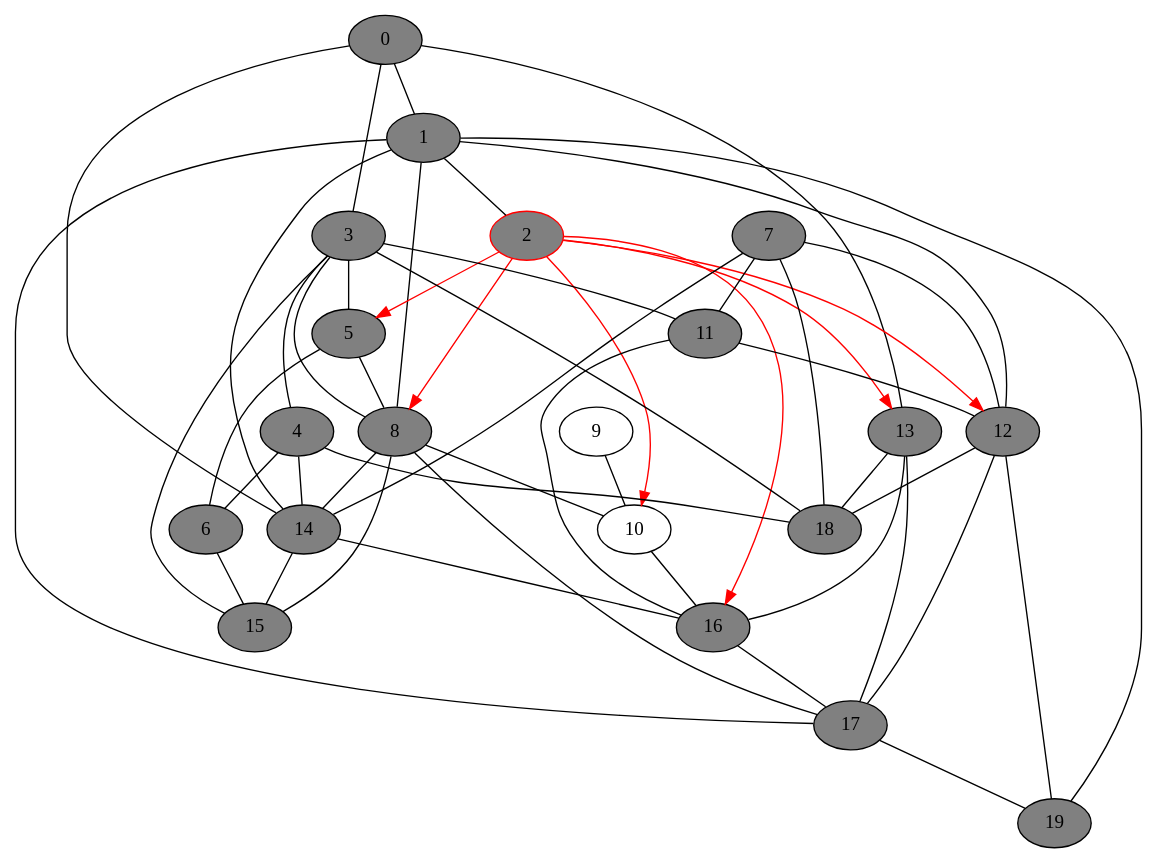
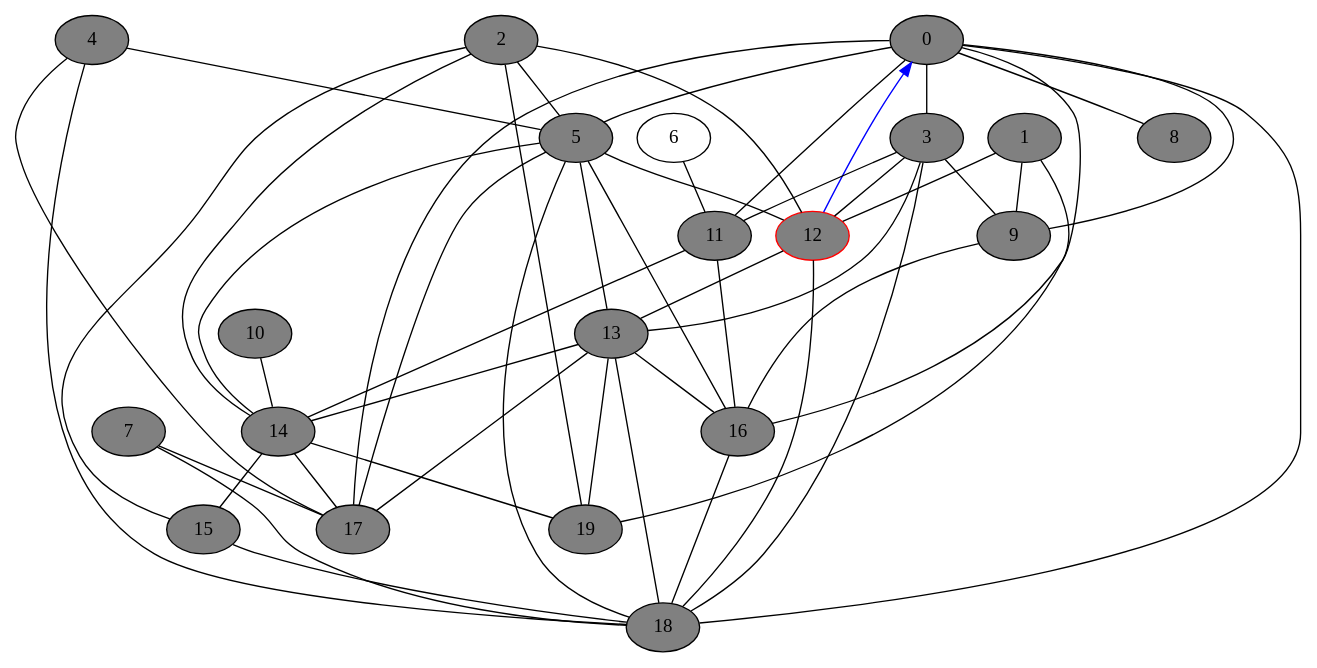
One commit to DSMishler/EBA_models changed the diagram in gv_graphs/nxt0027.dot. Above: the diagram before and after it, drawn with Graphviz. The commit also changed 704 other files, not shown here.

```diff
--- a/gv_graphs/nxt0027.dot
+++ b/gv_graphs/nxt0027.dot
@@ -1,74 +1,74 @@
 // network test graph
 digraph
 {
 	0 [fillcolor=gray,style=filled,]
 	1 [fillcolor=gray,style=filled,]
-	2 [fillcolor=gray,style=filled,color=red,]
+	2 [fillcolor=gray,style=filled,]
 	3 [fillcolor=gray,style=filled,]
 	4 [fillcolor=gray,style=filled,]
 	5 [fillcolor=gray,style=filled,]
-	6 [fillcolor=gray,style=filled,]
+	6 []
 	7 [fillcolor=gray,style=filled,]
 	8 [fillcolor=gray,style=filled,]
-	9 []
-	10 []
+	9 [fillcolor=gray,style=filled,]
+	10 [fillcolor=gray,style=filled,]
 	11 [fillcolor=gray,style=filled,]
-	12 [fillcolor=gray,style=filled,]
+	12 [fillcolor=gray,style=filled,color=red,]
 	13 [fillcolor=gray,style=filled,]
 	14 [fillcolor=gray,style=filled,]
 	15 [fillcolor=gray,style=filled,]
 	16 [fillcolor=gray,style=filled,]
 	17 [fillcolor=gray,style=filled,]
 	18 [fillcolor=gray,style=filled,]
 	19 [fillcolor=gray,style=filled,]
-	0 -> 1 [dir=none]
 	0 -> 3 [dir=none]
-	0 -> 13 [dir=none]
-	0 -> 14 [dir=none]
-	1 -> 2 [dir=none]
-	1 -> 8 [dir=none]
+	0 -> 5 [dir=none]
+	0 -> 8 [dir=none]
+	0 -> 9 [dir=none]
+	0 -> 11 [dir=none]
+	0 -> 12 [dir=back,color=blue,]
+	0 -> 16 [dir=none]
+	0 -> 17 [dir=none]
+	0 -> 18 [dir=none]
+	1 -> 9 [dir=none]
 	1 -> 12 [dir=none]
-	1 -> 14 [dir=none]
-	1 -> 17 [dir=none]
 	1 -> 19 [dir=none]
-	2 -> 5 [dir=forward,color=red,]
-	2 -> 8 [dir=forward,color=red,]
-	2 -> 10 [dir=forward,color=red,]
-	2 -> 12 [dir=forward,color=red,]
-	2 -> 13 [dir=forward,color=red,]
-	2 -> 16 [dir=forward,color=red,]
-	3 -> 4 [dir=none]
-	3 -> 5 [dir=none]
-	3 -> 8 [dir=none]
+	2 -> 5 [dir=none]
+	2 -> 12 [dir=none]
+	2 -> 14 [dir=none]
+	2 -> 15 [dir=none]
+	2 -> 19 [dir=none]
+	3 -> 9 [dir=none]
 	3 -> 11 [dir=none]
-	3 -> 15 [dir=none]
+	3 -> 12 [dir=none]
+	3 -> 13 [dir=none]
 	3 -> 18 [dir=none]
-	4 -> 6 [dir=none]
-	4 -> 14 [dir=none]
+	4 -> 5 [dir=none]
+	4 -> 17 [dir=none]
 	4 -> 18 [dir=none]
-	5 -> 6 [dir=none]
-	5 -> 8 [dir=none]
-	6 -> 15 [dir=none]
-	7 -> 11 [dir=none]
-	7 -> 12 [dir=none]
-	7 -> 14 [dir=none]
+	5 -> 12 [dir=none]
+	5 -> 13 [dir=none]
+	5 -> 14 [dir=none]
+	5 -> 16 [dir=none]
+	5 -> 17 [dir=none]
+	5 -> 18 [dir=none]
+	6 -> 11 [dir=none]
+	7 -> 17 [dir=none]
 	7 -> 18 [dir=none]
-	8 -> 10 [dir=none]
-	8 -> 14 [dir=none]
-	8 -> 15 [dir=none]
-	8 -> 17 [dir=none]
-	9 -> 10 [dir=none]
-	10 -> 16 [dir=none]
-	11 -> 12 [dir=none]
+	9 -> 16 [dir=none]
+	10 -> 14 [dir=none]
+	11 -> 14 [dir=none]
 	11 -> 16 [dir=none]
-	12 -> 17 [dir=none]
+	12 -> 13 [dir=none]
 	12 -> 18 [dir=none]
-	12 -> 19 [dir=none]
+	13 -> 14 [dir=none]
 	13 -> 16 [dir=none]
 	13 -> 17 [dir=none]
 	13 -> 18 [dir=none]
+	13 -> 19 [dir=none]
 	14 -> 15 [dir=none]
-	14 -> 16 [dir=none]
-	16 -> 17 [dir=none]
-	17 -> 19 [dir=none]
+	14 -> 17 [dir=none]
+	14 -> 19 [dir=none]
+	15 -> 18 [dir=none]
+	16 -> 18 [dir=none]
 }
```
